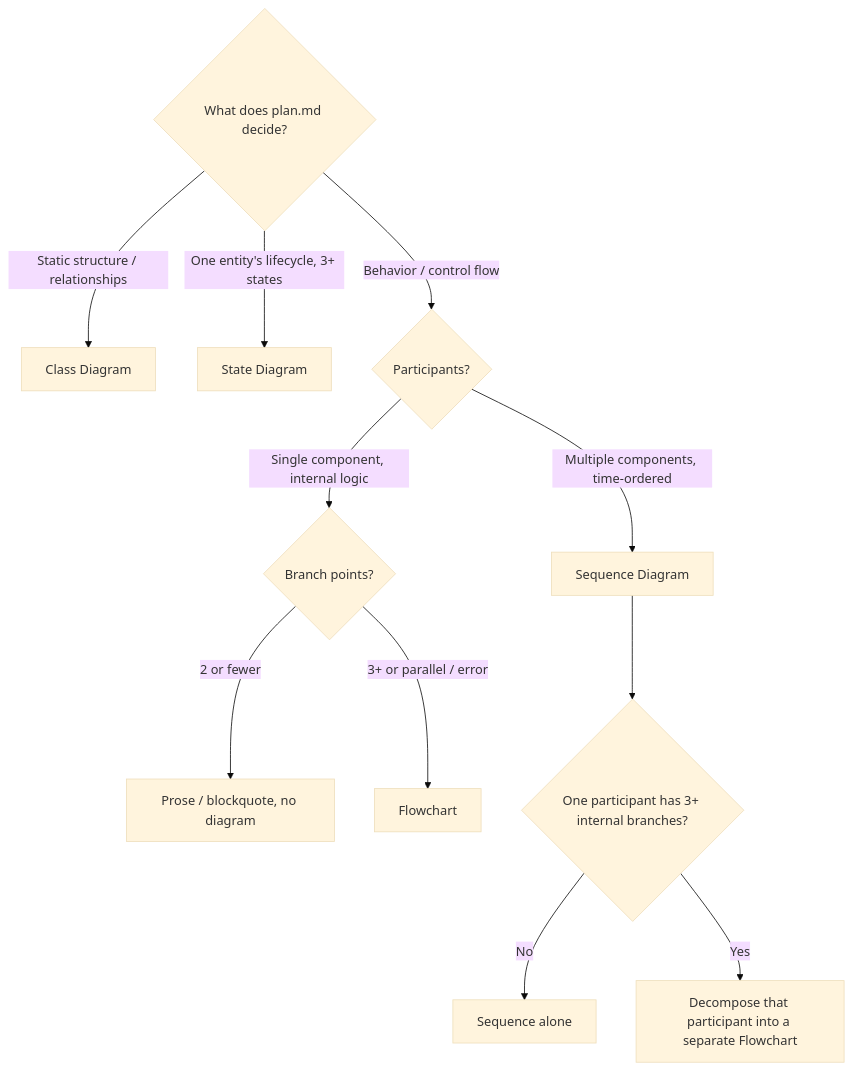
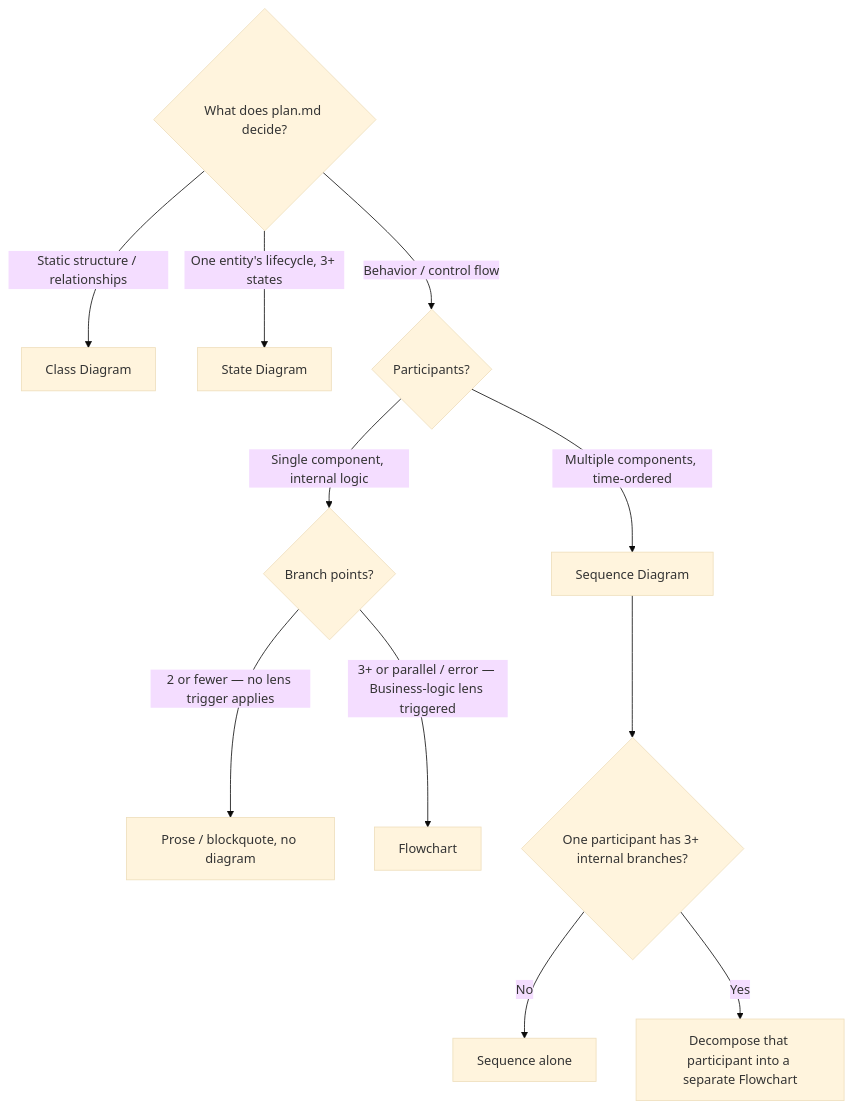
Before and after one commit to toongri/oh-my-toong-playground: the diagram in skills/prometheus/diagram-guide.md, drawn with Mermaid (base theme). The commit also changed other lines of this file and 1 other file, not shown here.

Commit message:
feat(prometheus): 다이어그램 게이팅을 6-렌즈 트리거 모델로 전환

````diff
--- a/skills/prometheus/diagram-guide.md
+++ b/skills/prometheus/diagram-guide.md
@@ -32,14 +46,14 @@
 ```mermaid
 flowchart TD
     Q1{What does plan.md decide?}
     Q1 -->|Static structure / relationships| CLASS[Class Diagram]
     Q1 -->|One entity's lifecycle, 3+ states| STATE[State Diagram]
     Q1 -->|Behavior / control flow| Q2{Participants?}
     Q2 -->|Multiple components, time-ordered| SEQ[Sequence Diagram]
     Q2 -->|Single component, internal logic| Q3{Branch points?}
-    Q3 -->|2 or fewer| PROSE[Prose / blockquote, no diagram]
-    Q3 -->|3+ or parallel / error| FC[Flowchart]
+    Q3 -->|2 or fewer — no lens trigger applies| PROSE[Prose / blockquote, no diagram]
+    Q3 -->|3+ or parallel / error — Business-logic lens triggered| FC[Flowchart]
     SEQ --> Q4{One participant has 3+ internal branches?}
     Q4 -->|No| DONE[Sequence alone]
     Q4 -->|Yes| ZOOM[Decompose that participant into a separate Flowchart]
 ```
````
